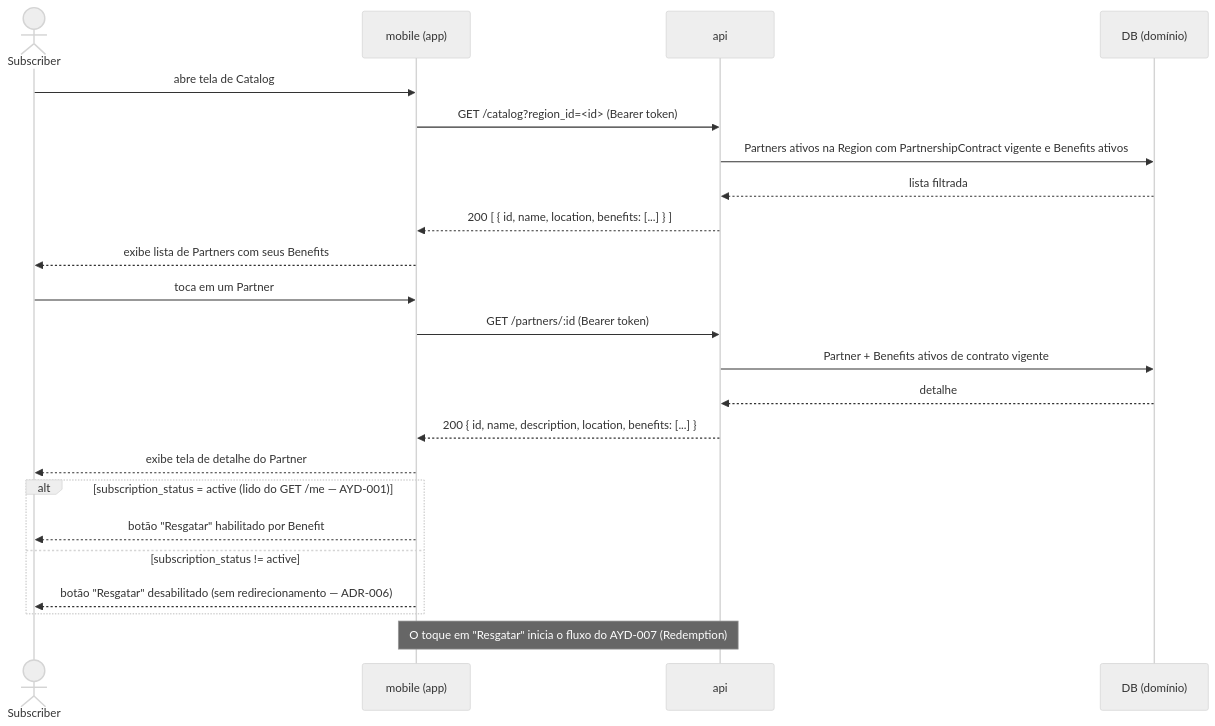
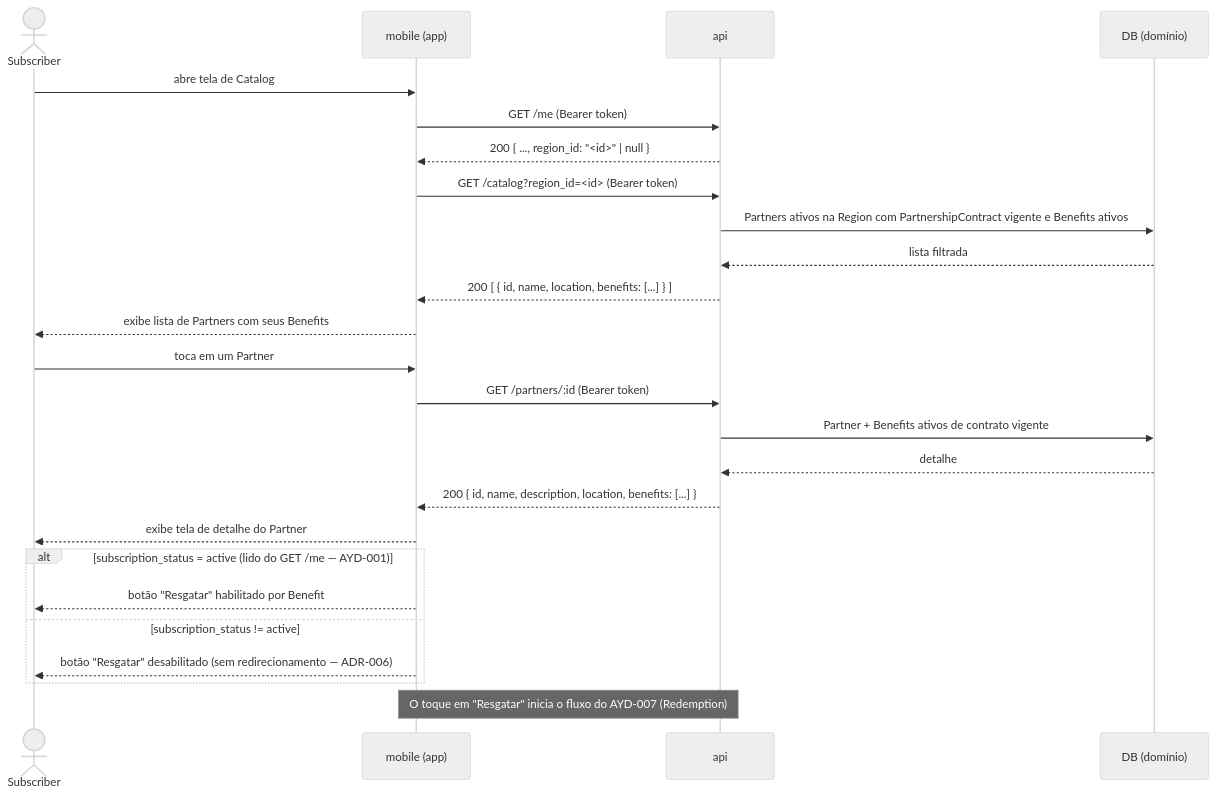
One commit to silvioubaldino/ag-benefits-context changed the diagram in design/AYD-005-catalog.md. Above: the diagram before and after it, drawn with Mermaid (neutral theme). The commit also changed other lines of this file and 1 other file, not shown here.

First line of the commit message:
docs(AYD-005): resolve region_id contract gap — extend GET /me with region_id field

````diff
--- a/design/AYD-005-catalog.md
+++ b/design/AYD-005-catalog.md
@@ -143,29 +153,31 @@
 ```mermaid
 sequenceDiagram
     actor S as Subscriber
     participant M as mobile (app)
     participant A as api
     participant DB as DB (domínio)
 
     S->>M: abre tela de Catalog
+    M->>A: GET /me (Bearer token)
+    A-->>M: 200 { ..., region_id: "<id>" | null }
     M->>A: GET /catalog?region_id=<id> (Bearer token)
     A->>DB: Partners ativos na Region com PartnershipContract vigente e Benefits ativos
     DB-->>A: lista filtrada
     A-->>M: 200 [ { id, name, location, benefits: [...] } ]
     M-->>S: exibe lista de Partners com seus Benefits
 
     S->>M: toca em um Partner
     M->>A: GET /partners/:id (Bearer token)
     A->>DB: Partner + Benefits ativos de contrato vigente
     DB-->>A: detalhe
     A-->>M: 200 { id, name, description, location, benefits: [...] }
     M-->>S: exibe tela de detalhe do Partner
 
     alt subscription_status = active (lido do GET /me — AYD-001)
         M-->>S: botão "Resgatar" habilitado por Benefit
     else subscription_status != active
         M-->>S: botão "Resgatar" desabilitado (sem redirecionamento — ADR-006)
     end
 
     Note over M,A: O toque em "Resgatar" inicia o fluxo do AYD-007 (Redemption)
 ```
````
